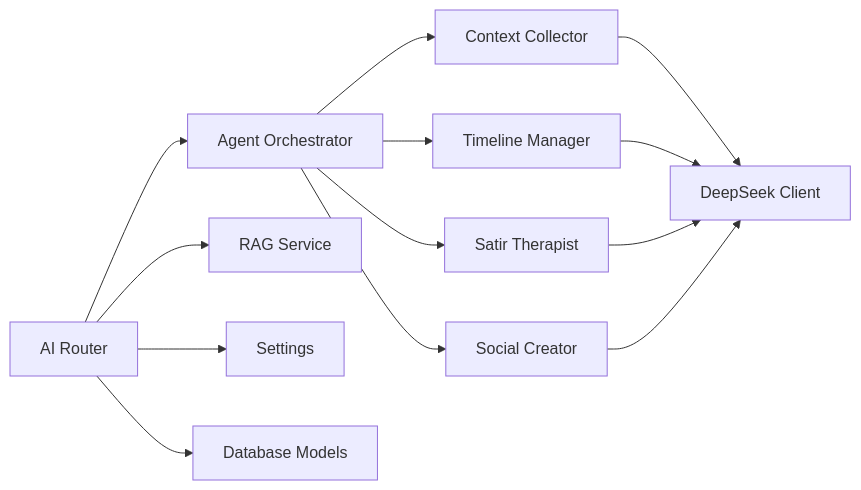
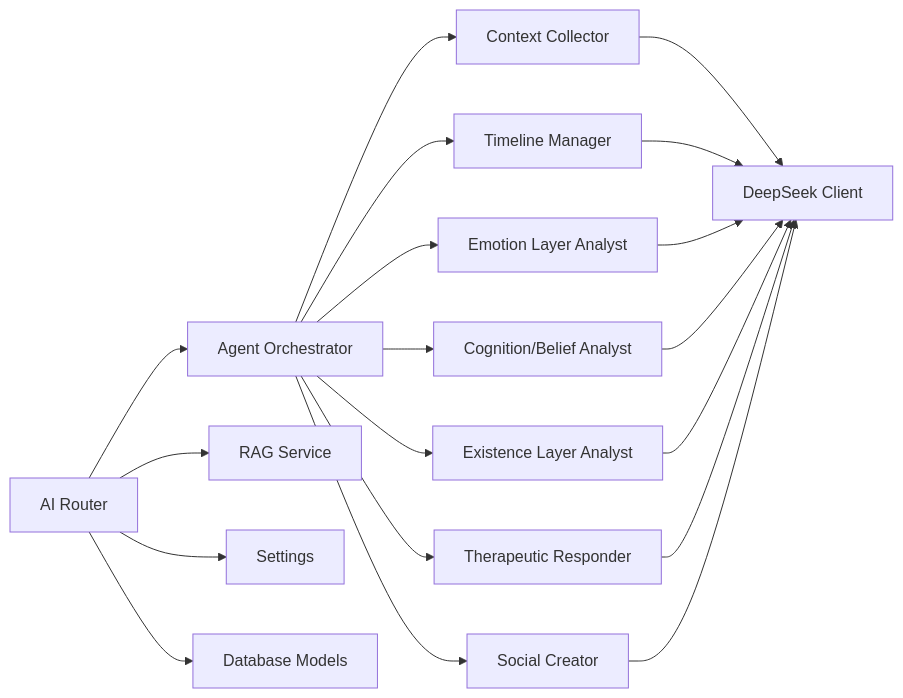
Before and after one commit to rainRise/aidiary: the seventh of 7 diagrams in .qoder/repowiki/en/content/Backend System/API Endpoints Reference/AI Analysis Endpoints.md, drawn with Mermaid. The commit also changed other lines of this file and 21 other files, not shown here.

````diff
--- a/.qoder/repowiki/en/content/Backend System/API Endpoints Reference/AI Analysis Endpoints.md
+++ b/.qoder/repowiki/en/content/Backend System/API Endpoints Reference/AI Analysis Endpoints.md
@@ -398,15 +448,21 @@
 ```mermaid
 graph LR
 API["AI Router"] --> ORCH["Agent Orchestrator"]
-ORCH --> AG1["Context Collector"]
-ORCH --> AG2["Timeline Manager"]
-ORCH --> AG3["Satir Therapist"]
-ORCH --> AG4["Social Creator"]
-AG1 --> LLM["DeepSeek Client"]
-AG2 --> LLM
-AG3 --> LLM
-AG4 --> LLM
+ORCH --> AG0["Context Collector"]
+ORCH --> AGA["Timeline Manager"]
+ORCH --> AGB1["Emotion Layer Analyst"]
+ORCH --> AGB2["Cognition/Belief Analyst"]
+ORCH --> AGB3["Existence Layer Analyst"]
+ORCH --> AGB4["Therapeutic Responder"]
+ORCH --> AGC["Social Creator"]
+AG0 --> LLM["DeepSeek Client"]
+AGA --> LLM
+AGB1 --> LLM
+AGB2 --> LLM
+AGB3 --> LLM
+AGB4 --> LLM
+AGC --> LLM
 API --> RAG["RAG Service"]
 API --> CFG["Settings"]
 API --> DB["Database Models"]
 ```
````
